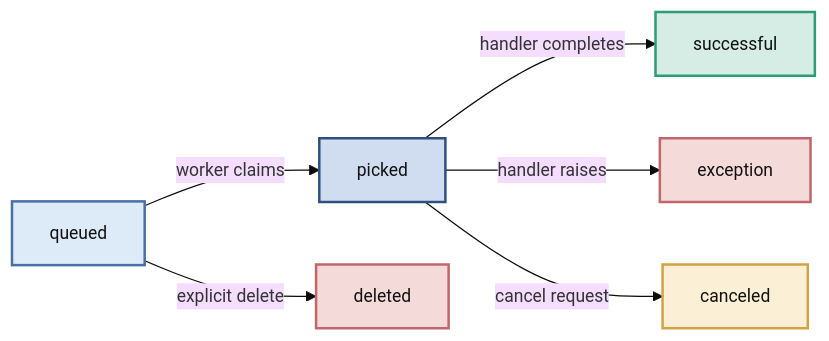
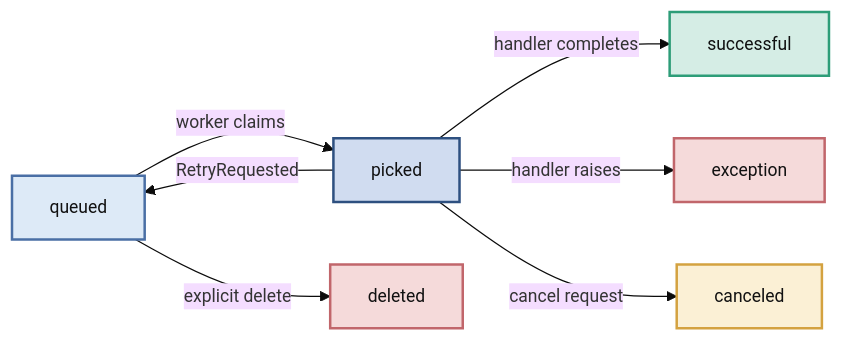
One commit to janbjorge/pgqueuer changed the diagram in docs/getting-started/core-concepts.md. Above: the diagram before and after it, drawn with Mermaid. The commit also changed other lines of this file and 5 other files, not shown here.

````diff
--- a/docs/getting-started/core-concepts.md
+++ b/docs/getting-started/core-concepts.md
@@ -63,28 +64,29 @@
 ```mermaid
 %%{init: {'theme': 'base', 'themeVariables': {'fontSize': '14px', 'fontFamily': 'Inter, sans-serif'}}}%%
 flowchart LR
     Queued[queued]
     Picked[picked]
     Success[successful]
     Exception[exception]
     Canceled[canceled]
     Deleted[deleted]
 
     Queued -->|worker claims| Picked
     Queued -->|explicit delete| Deleted
     Picked -->|handler completes| Success
     Picked -->|handler raises| Exception
     Picked -->|cancel request| Canceled
+    Picked -->|RetryRequested| Queued
 
     classDef queued   fill:#DDEAF7,stroke:#4A6FA5,stroke-width:2px,color:#111
     classDef picked   fill:#D0DCF0,stroke:#2E5080,stroke-width:2px,color:#111
     classDef success  fill:#D5EDE5,stroke:#2D9D78,stroke-width:2px,color:#111
     classDef error    fill:#F5DADA,stroke:#C1666B,stroke-width:2px,color:#111
     classDef canceled fill:#FBF0D5,stroke:#D4A240,stroke-width:2px,color:#111
 
     class Queued queued
     class Picked picked
     class Success success
     class Exception,Deleted error
     class Canceled canceled
 ```
````
